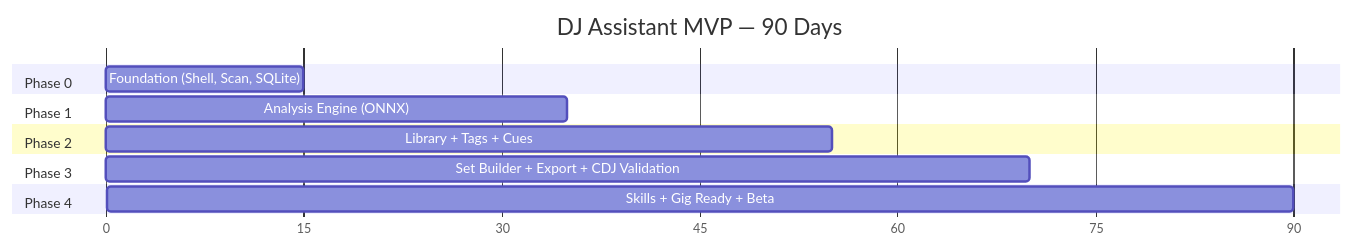
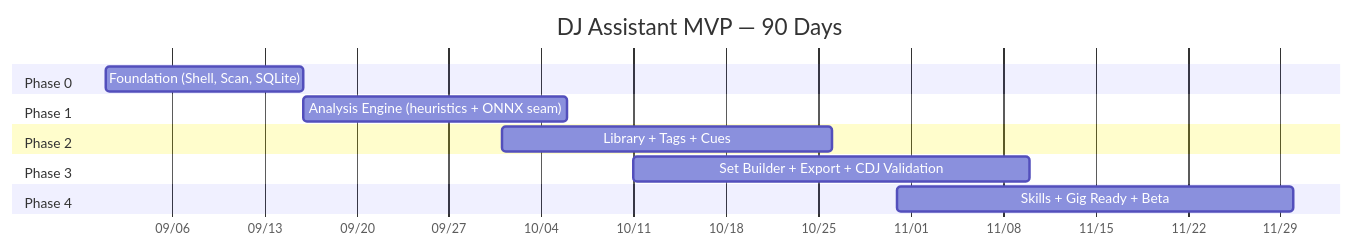
One commit to iDorgham/DJ-Assistant changed the fourth of 8 diagrams in docs/diagrams/00-ENTIRE-PROJECT-OVERVIEW.md. Above: the diagram before and after it, drawn with Mermaid. The commit also changed other lines of this file and 62 other files, not shown here.

First line of the commit message:
docs(plan,architecture,diagrams,context): polish SDD plan + sync docs with shipped code

````diff
--- a/docs/diagrams/00-ENTIRE-PROJECT-OVERVIEW.md
+++ b/docs/diagrams/00-ENTIRE-PROJECT-OVERVIEW.md
@@ -154,21 +154,21 @@
 ```mermaid
 gantt
     title DJ Assistant MVP — 90 Days
-    dateFormat X
-    axisFormat %s
+    dateFormat YYYY-MM-DD
+    axisFormat %m/%d
 
     section Phase 0
-    Foundation (Shell, Scan, SQLite)          :0, 15
+    Foundation (Shell, Scan, SQLite)          :2026-09-01, 15d
 
     section Phase 1
-    Analysis Engine (ONNX)                    :15, 35
+    Analysis Engine (heuristics + ONNX seam)  :2026-09-16, 20d
 
     section Phase 2
-    Library + Tags + Cues                     :30, 55
+    Library + Tags + Cues                     :2026-10-01, 25d
 
     section Phase 3
-    Set Builder + Export + CDJ Validation     :40, 70
+    Set Builder + Export + CDJ Validation     :2026-10-11, 30d
 
     section Phase 4
-    Skills + Gig Ready + Beta                 :60, 90
+    Skills + Gig Ready + Beta                 :2026-10-31, 30d
 ```
````
